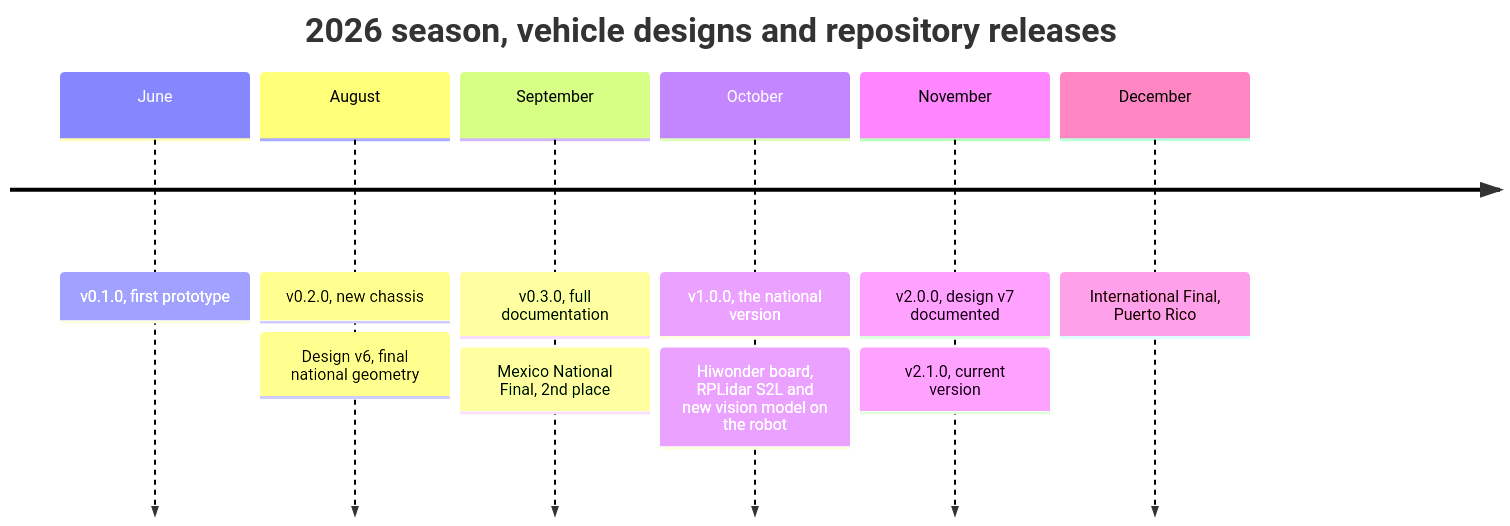
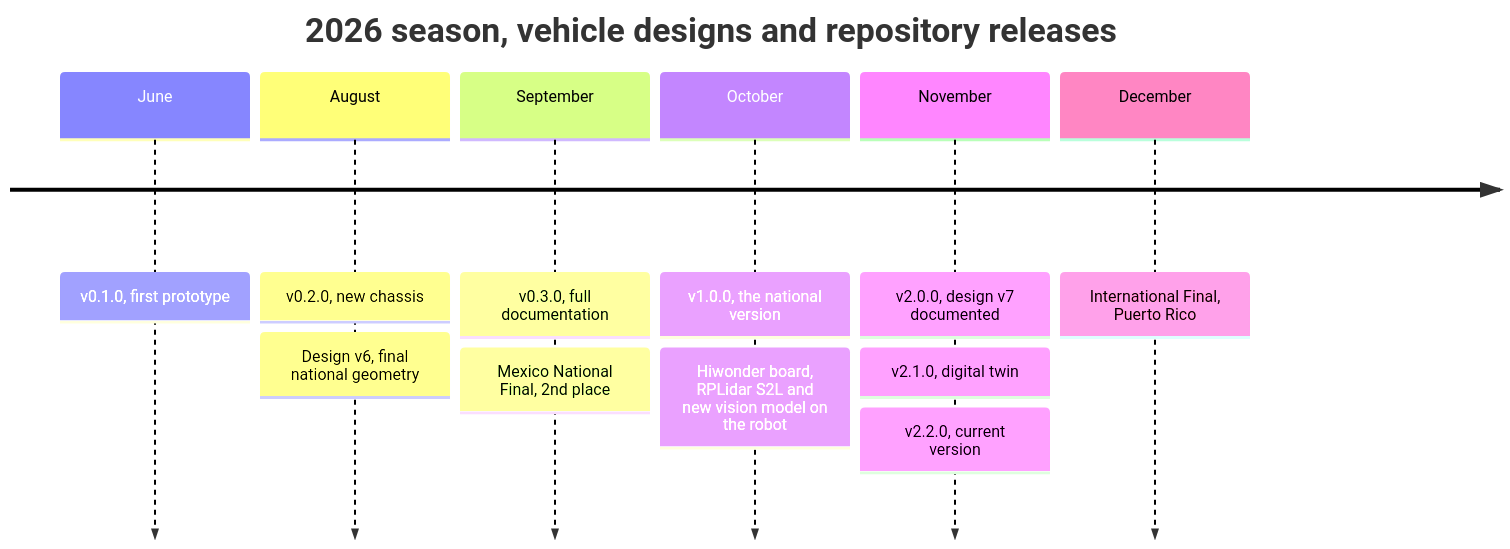
Before and after one commit to alex309-duarte/WRO_Future_Engineers_Queretaro_CSS: the seventh of 7 diagrams in README.md, drawn with Mermaid. The commit also changed other lines of this file and 11 other files, not shown here.

````diff
--- a/README.md
+++ b/README.md
@@ -2090,10 +2107,10 @@
 ```mermaid
 timeline
     title 2026 season, vehicle designs and repository releases
     June : v0.1.0, first prototype
     August : v0.2.0, new chassis : Design v6, final national geometry
     September : v0.3.0, full documentation : Mexico National Final, 2nd place
     October : v1.0.0, the national version : Hiwonder board, RPLidar S2L and new vision model on the robot
-    November : v2.0.0, design v7 documented : v2.1.0, current version
+    November : v2.0.0, design v7 documented : v2.1.0, digital twin : v2.2.0, current version
     December : International Final, Puerto Rico
 ```
````
